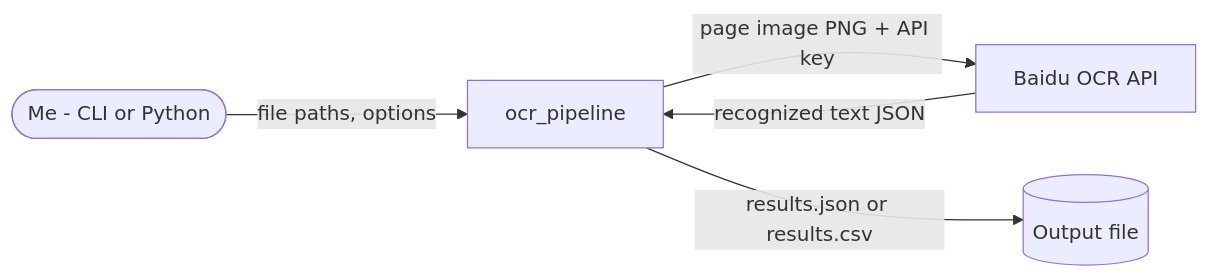
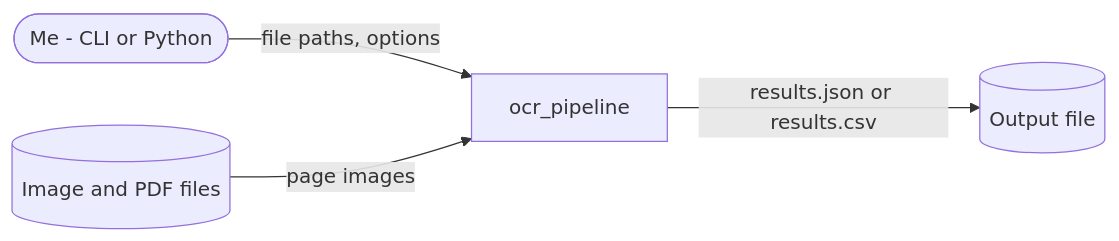
The first of 2 diagrams in docs/02-architecture.md (flegaspi700/ocr-pipeline), drawn with Mermaid before and after one commit. The commit also changed other lines of this file and 12 other files, not shown here.

````diff
--- a/docs/02-architecture.md
+++ b/docs/02-architecture.md
@@ -39,12 +40,11 @@
 ```mermaid
 flowchart LR
     user(["Me - CLI or Python"])
     sys["ocr_pipeline"]
-    baidu["Baidu OCR API"]
+    files[("Image and PDF files")]
     out[("Output file")]
 
     user -- "file paths, options" --> sys
-    sys -- "page image PNG + API key" --> baidu
-    baidu -- "recognized text JSON" --> sys
+    files -- "page images" --> sys
     sys -- "results.json or results.csv" --> out
 ```
````
